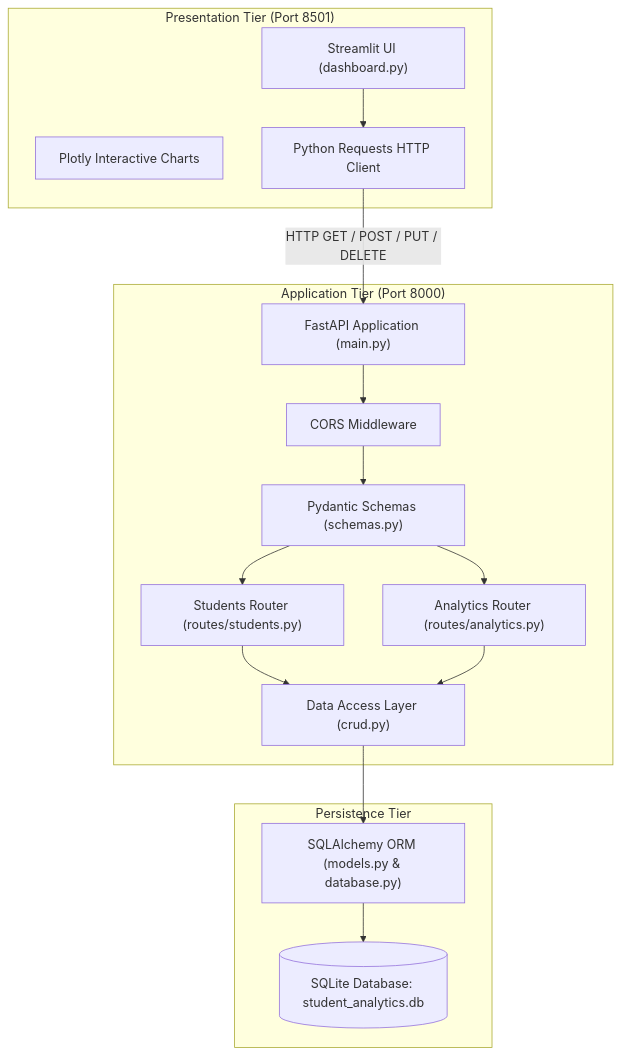
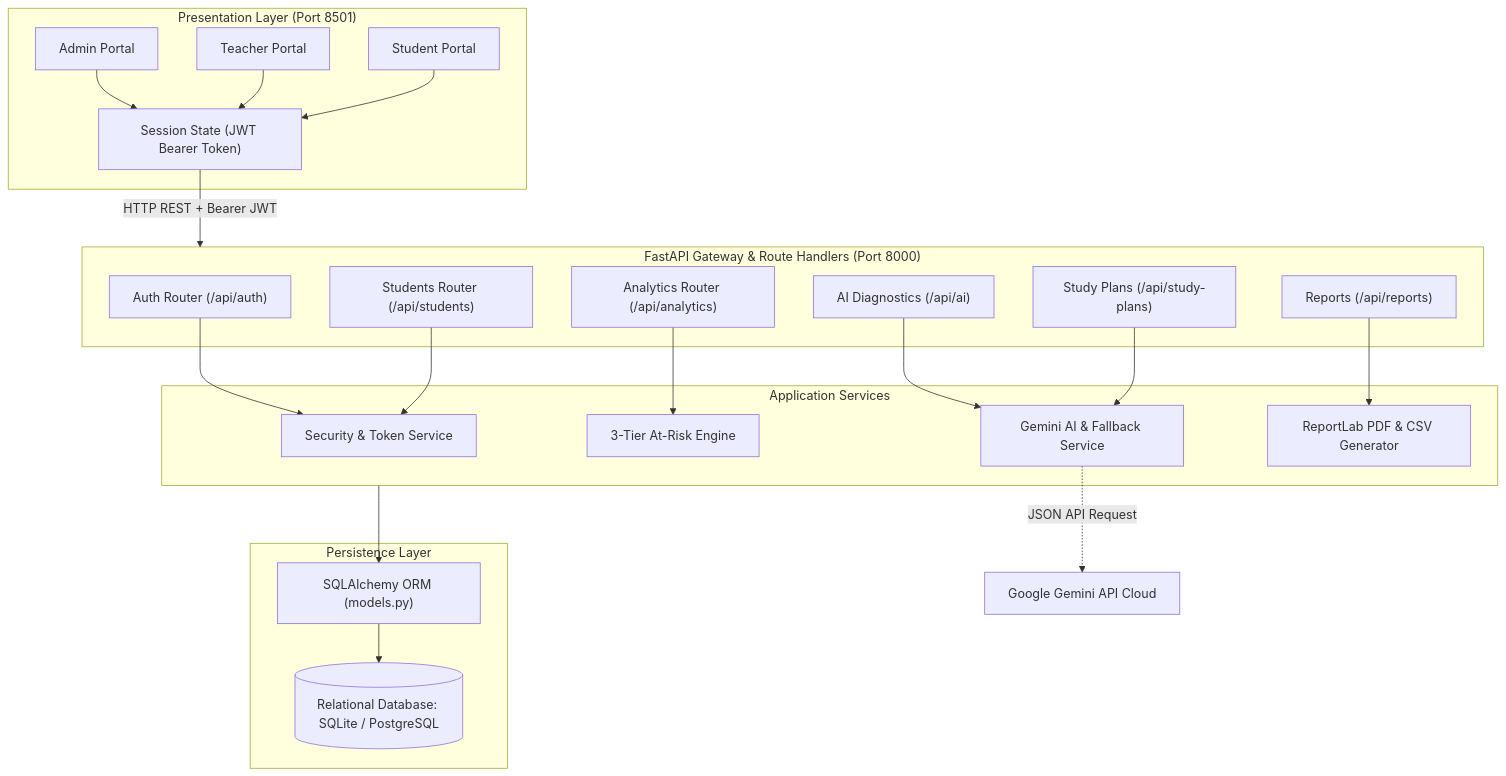
Before and after one commit to trinayasri/student-analytics-project: the first of 4 diagrams in docs/ARCHITECTURE.md, drawn with Mermaid. The commit also changed other lines of this file and 30 other files, not shown here.

First line of the commit message:
feat: upgrade to AI-Powered Student Performance Analytics Platform

````diff
--- a/docs/ARCHITECTURE.md
+++ b/docs/ARCHITECTURE.md
@@ -11,33 +16,42 @@
 ```mermaid
 flowchart TD
-    subgraph Client["Presentation Tier (Port 8501)"]
-        UI["Streamlit UI (dashboard.py)"]
-        Plotly["Plotly Interactive Charts"]
-        HttpClient["Python Requests HTTP Client"]
+    subgraph Client["Presentation Layer (Port 8501)"]
+        UI_A["Admin Portal"]
+        UI_T["Teacher Portal"]
+        UI_S["Student Portal"]
+        State["Session State (JWT Bearer Token)"]
     end
 
-    subgraph API["Application Tier (Port 8000)"]
-        FastAPI["FastAPI Application (main.py)"]
-        CORS["CORS Middleware"]
-        Pydantic["Pydantic Schemas (schemas.py)"]
-        RoutesStu["Students Router (routes/students.py)"]
-        RoutesAn["Analytics Router (routes/analytics.py)"]
-        CRUD["Data Access Layer (crud.py)"]
+    subgraph API["FastAPI Gateway & Route Handlers (Port 8000)"]
+        RouterAuth["Auth Router (/api/auth)"]
+        RouterStu["Students Router (/api/students)"]
+        RouterAn["Analytics Router (/api/analytics)"]
+        RouterAI["AI Diagnostics (/api/ai)"]
+        RouterPlan["Study Plans (/api/study-plans)"]
+        RouterRep["Reports (/api/reports)"]
     end
 
-    subgraph Data["Persistence Tier"]
-        SQLA["SQLAlchemy ORM (models.py & database.py)"]
-        SQLite[("SQLite Database: student_analytics.db")]
+    subgraph Services["Application Services"]
+        SvcSec["Security & Token Service"]
+        SvcRisk["3-Tier At-Risk Engine"]
+        SvcAI["Gemini AI & Fallback Service"]
+        SvcRep["ReportLab PDF & CSV Generator"]
     end
 
-    UI --> HttpClient
-    HttpClient -- "HTTP GET / POST / PUT / DELETE" --> FastAPI
-    FastAPI --> CORS
-    CORS --> Pydantic
-    Pydantic --> RoutesStu
-    Pydantic --> RoutesAn
-    RoutesStu --> CRUD
-    RoutesAn --> CRUD
-    CRUD --> SQLA
-    SQLA --> SQLite
+    subgraph Data["Persistence Layer"]
+        ORM["SQLAlchemy ORM (models.py)"]
+        DB[("Relational Database: SQLite / PostgreSQL")]
+    end
+
+    UI_A & UI_T & UI_S --> State
+    State -- "HTTP REST + Bearer JWT" --> API
+    RouterAuth --> SvcSec
+    RouterStu --> SvcSec
+    RouterAn --> SvcRisk
+    RouterAI --> SvcAI
+    RouterPlan --> SvcAI
+    RouterRep --> SvcRep
+    Services --> ORM
+    ORM --> DB
+    SvcAI -.->|JSON API Request| Gemini["Google Gemini API Cloud"]
 ```
````
